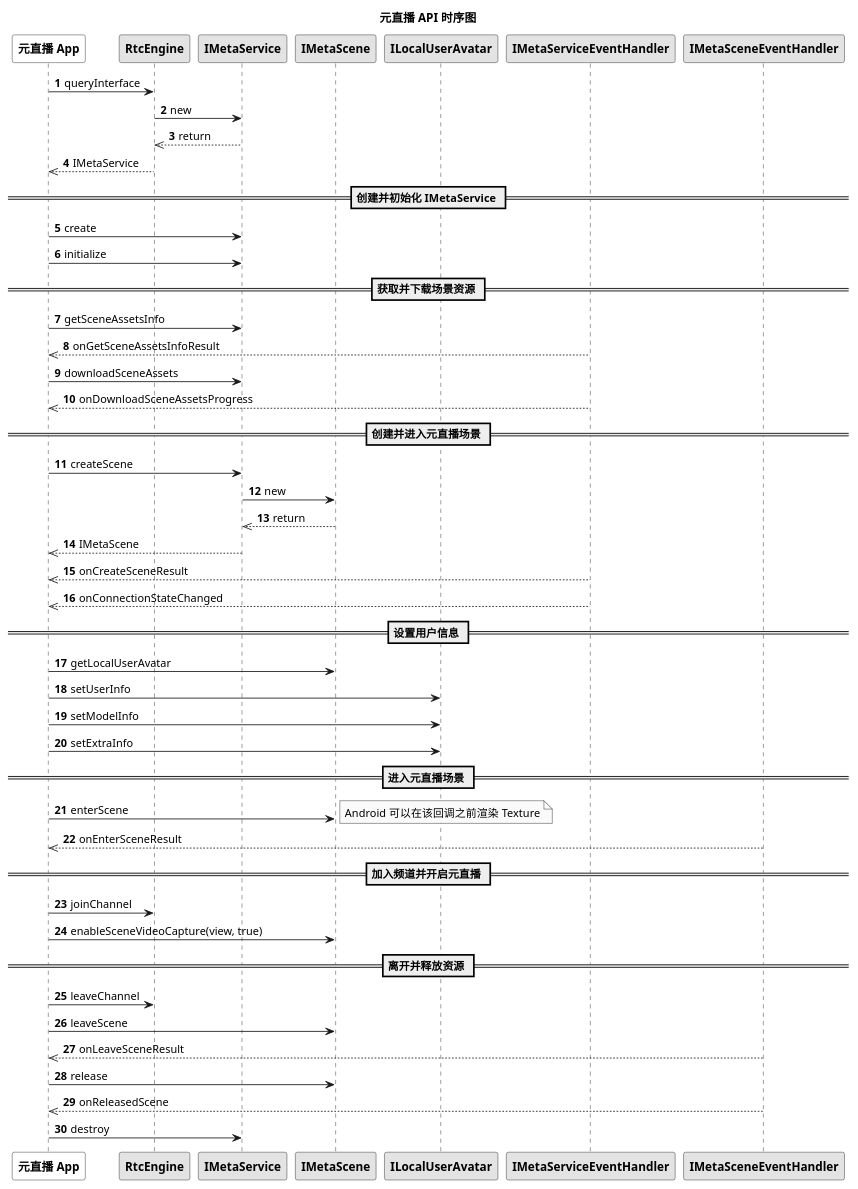
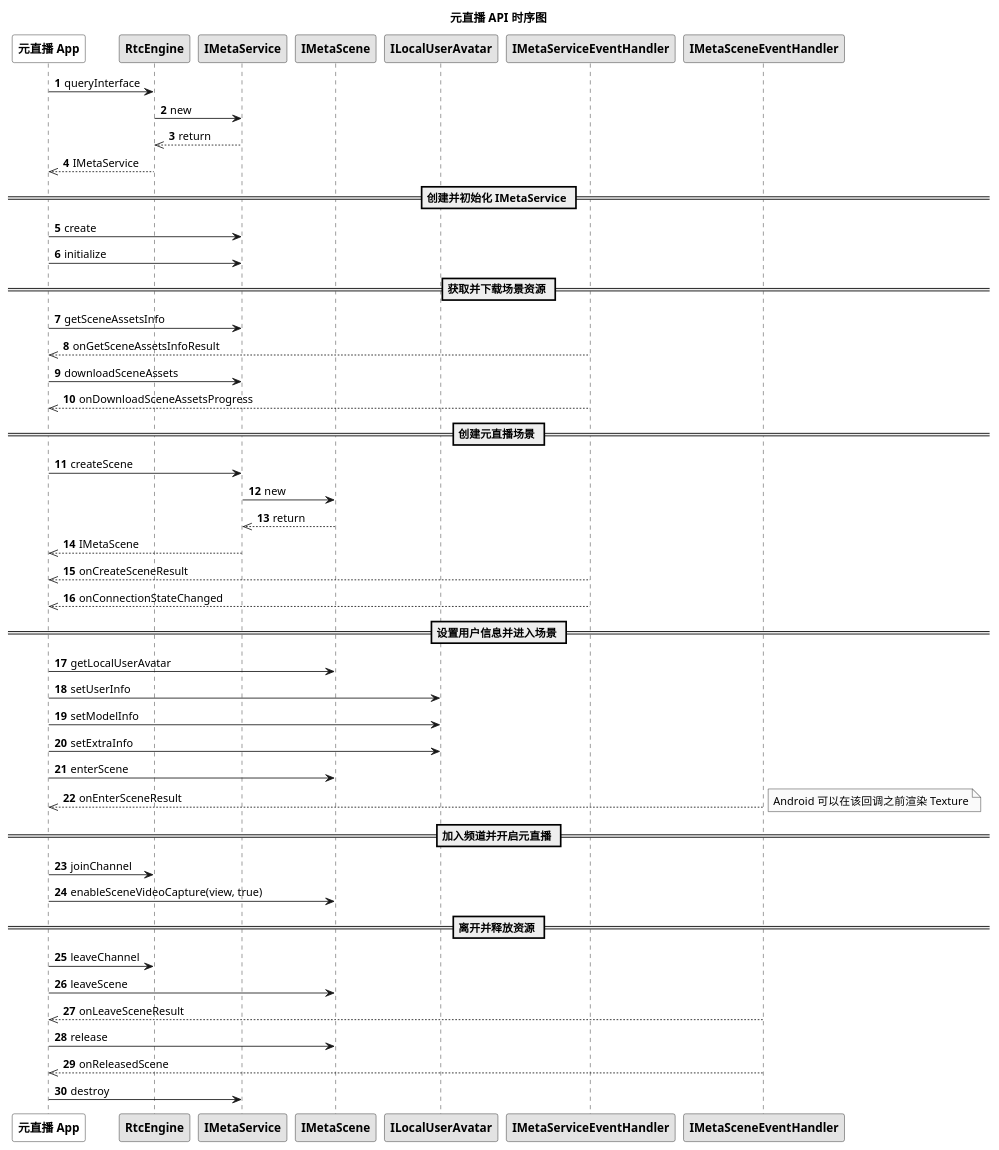
One commit to AgoraIO/agora_doc_source changed the diagram in markdown/metaworld/pic/android_ml_api.wsd. Above: the diagram before and after it, drawn with PlantUML. The commit also changed 4 other files, not shown here.

```diff
--- a/markdown/metaworld/pic/android_ml_api.wsd
+++ b/markdown/metaworld/pic/android_ml_api.wsd
@@ -1,54 +1,53 @@
 @startuml
 autonumber
 skinparam monochrome true
 
 title 元直播 API 时序图
 participant "<b>元直播 App</b>" as app #White
 participant "<b>RtcEngine</b>" as rtc
 participant "<b>IMetaService</b>" as service
 participant "<b>IMetaScene</b>" as scene
 participant "<b>ILocalUserAvatar</b>" as avatar
 participant "<b>IMetaServiceEventHandler</b>" as serviceevent
 participant "<b>IMetaSceneEventHandler</b>" as sceneevent
 
 app -> rtc: queryInterface
 rtc -> service: new
 service -->> rtc: return
 rtc -->> app: IMetaService
 == 创建并初始化 IMetaService ==
 app -> service: create
 app -> service: initialize
 == 获取并下载场景资源 ==
 app -> service: getSceneAssetsInfo
 serviceevent -->> app: onGetSceneAssetsInfoResult
 app -> service: downloadSceneAssets
 serviceevent -->> app: onDownloadSceneAssetsProgress
-== 创建并进入元直播场景 ==
+== 创建元直播场景 ==
 app -> service: createScene
 service -> scene: new
 scene -->> service: return
 service -->> app: IMetaScene
 serviceevent -->> app: onCreateSceneResult
 serviceevent -->> app: onConnectionStateChanged
-== 设置用户信息 ==
+== 设置用户信息并进入场景 ==
 app -> scene: getLocalUserAvatar
 app -> avatar: setUserInfo
 app -> avatar: setModelInfo
 app -> avatar: setExtraInfo
-== 进入元直播场景 ==
 app -> scene: enterScene
+sceneevent -->> app: onEnterSceneResult
 note right
 Android 可以在该回调之前渲染 Texture
 end note
-sceneevent -->> app: onEnterSceneResult
 == 加入频道并开启元直播 ==
 app -> rtc: joinChannel
 app -> scene: enableSceneVideoCapture(view, true)
 == 离开并释放资源 ==
 app -> rtc: leaveChannel
 app -> scene: leaveScene
 sceneevent -->> app: onLeaveSceneResult
 app -> scene: release
 sceneevent -->> app: onReleasedScene
 app -> service: destroy
 @enduml
```
